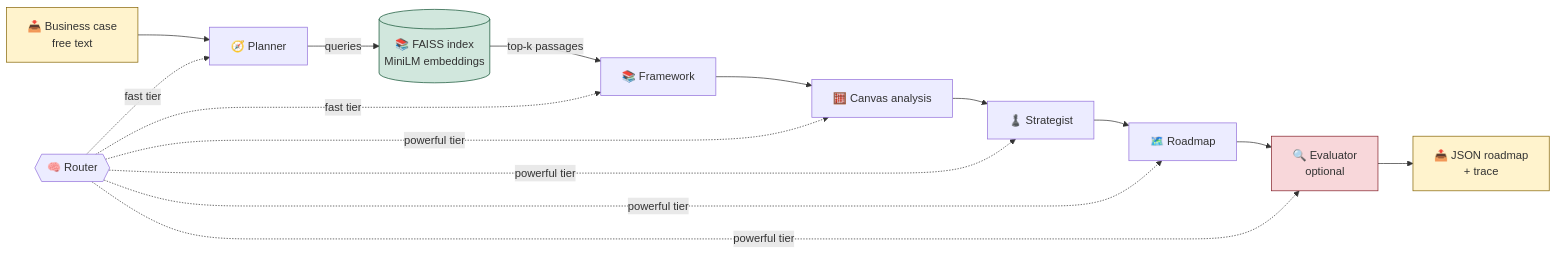
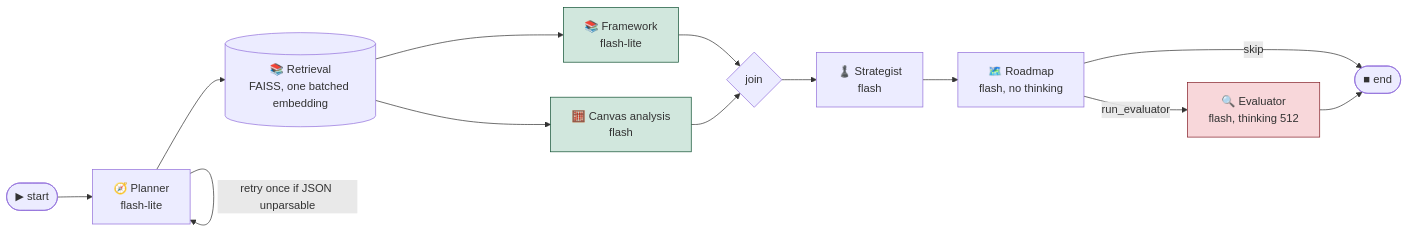
One commit to dhia-rek/multi-agent-multi-llm-rag changed the first of 3 diagrams in README.md. Above: the diagram before and after it, drawn with Mermaid. The commit also changed other lines of this file and 21 other files, not shown here.

Commit message:
feat: rebuild orchestration on LangChain + LangGraph (framework||canvas, batched retrieval, per-agent thinking budgets, LangSmith)

````diff
--- a/README.md
+++ b/README.md
@@ -47,21 +49,20 @@
 ```mermaid
 flowchart LR
-    A[📥 Business case<br/>free text] --> B[🧭 Planner]
-    B -->|queries| C[(📚 FAISS index<br/>MiniLM embeddings)]
-    C -->|top-k passages| D[📚 Framework]
-    D --> E[🧮 Canvas analysis]
-    E --> F[♟️ Strategist]
-    F --> G[🗺️ Roadmap]
-    G --> H[🔍 Evaluator<br/>optional]
-    H --> I[📤 JSON roadmap<br/>+ trace]
+    S([▶ start]) --> P[🧭 Planner<br/>flash-lite]
+    P -->|retry once if JSON unparsable| P
+    P --> R[(📚 Retrieval<br/>FAISS, one batched embedding)]
+    R --> F[📚 Framework<br/>flash-lite]
+    R --> C[🧮 Canvas analysis<br/>flash]
+    F --> J{join}
+    C --> J
+    J --> ST[♟️ Strategist<br/>flash]
+    ST --> RM[🗺️ Roadmap<br/>flash, no thinking]
+    RM -->|run_evaluator| E[🔍 Evaluator<br/>flash, thinking 512]
+    RM -->|skip| X([■ end])
+    E --> X
 
-    R{{🧠 Router}} -.fast tier.-> B & D
-    R -.powerful tier.-> E & F & G & H
-
-    classDef io fill:#fff3cd,stroke:#856404
-    classDef rag fill:#d1e7dd,stroke:#0f5132
+    classDef par fill:#d1e7dd,stroke:#0f5132
     classDef opt fill:#f8d7da,stroke:#842029
-    class A,I io
-    class C rag
-    class H opt
+    class F,C par
+    class E opt
 ```
````
